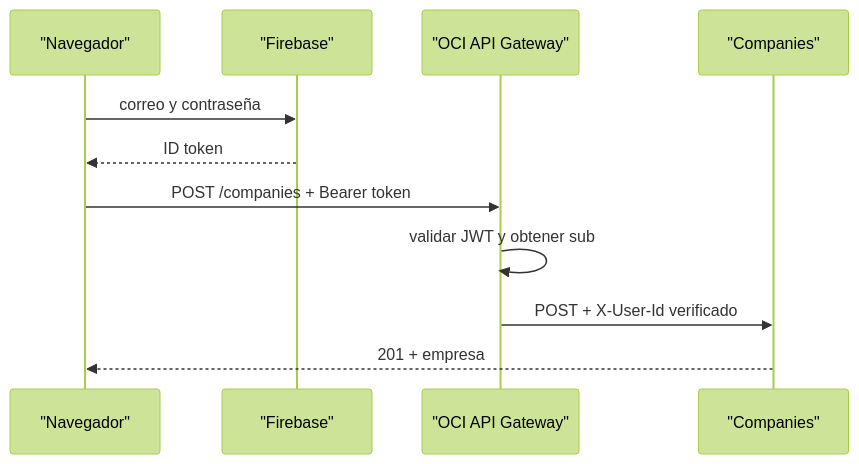
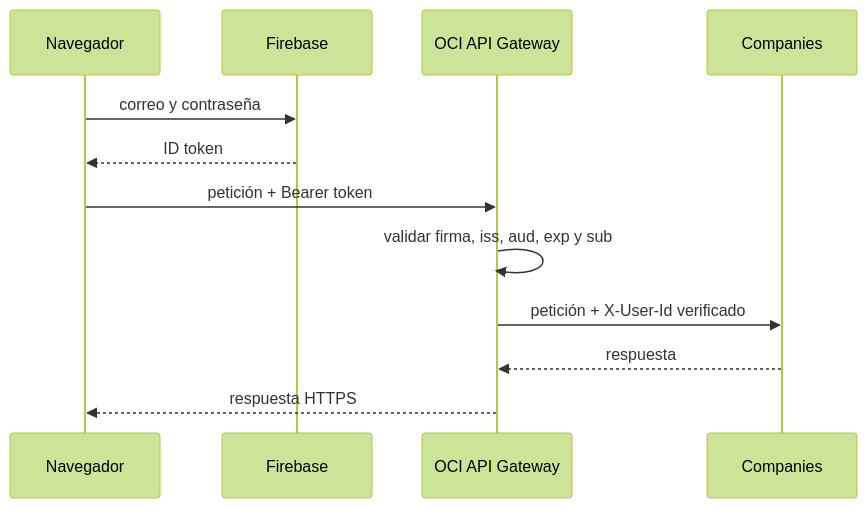
The second of 3 diagrams in talleres-ecored-cloud-native/taller-06/06-EcoRed-Microservicios-OKE-API-Gateway.md (adanbeltran/ecored-oci-cloud-native), drawn with Mermaid (forest theme) before and after one commit. The commit also changed other lines of this file, not shown here.

````diff
--- a/talleres-ecored-cloud-native/taller-06/06-EcoRed-Microservicios-OKE-API-Gateway.md
+++ b/talleres-ecored-cloud-native/taller-06/06-EcoRed-Microservicios-OKE-API-Gateway.md
@@ -1240,14 +1820,15 @@
 ```mermaid
 sequenceDiagram
-    participant B as "Navegador"
-    participant F as "Firebase"
-    participant G as "OCI API Gateway"
-    participant C as "Companies"
+    participant B as Navegador
+    participant F as Firebase
+    participant G as OCI API Gateway
+    participant C as Companies
 
     B->>F: correo y contraseña
     F-->>B: ID token
-    B->>G: POST /companies + Bearer token
-    G->>G: validar JWT y obtener sub
-    G->>C: POST + X-User-Id verificado
-    C-->>B: 201 + empresa
+    B->>G: petición + Bearer token
+    G->>G: validar firma, iss, aud, exp y sub
+    G->>C: petición + X-User-Id verificado
+    C-->>G: respuesta
+    G-->>B: respuesta HTTPS
 ```
````
